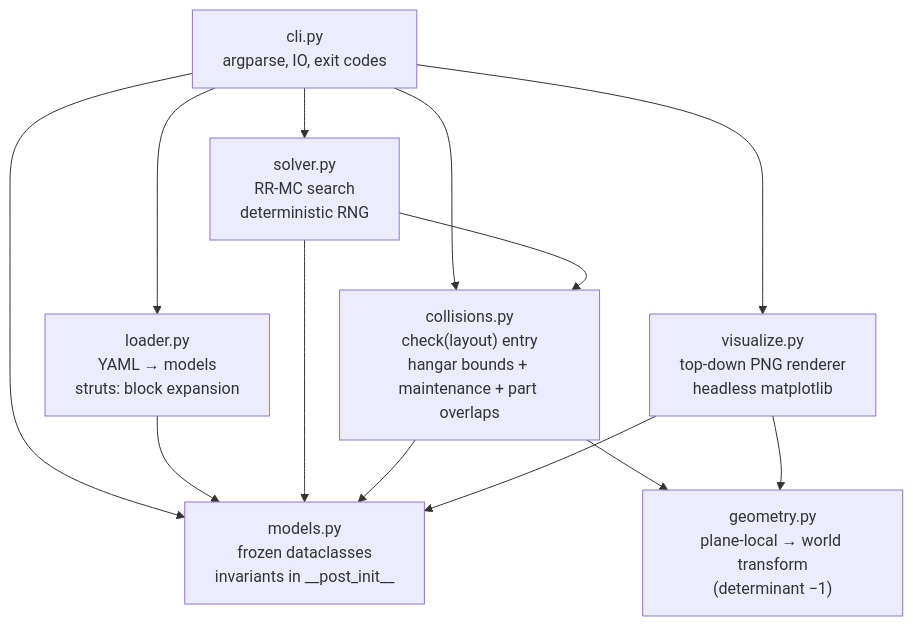
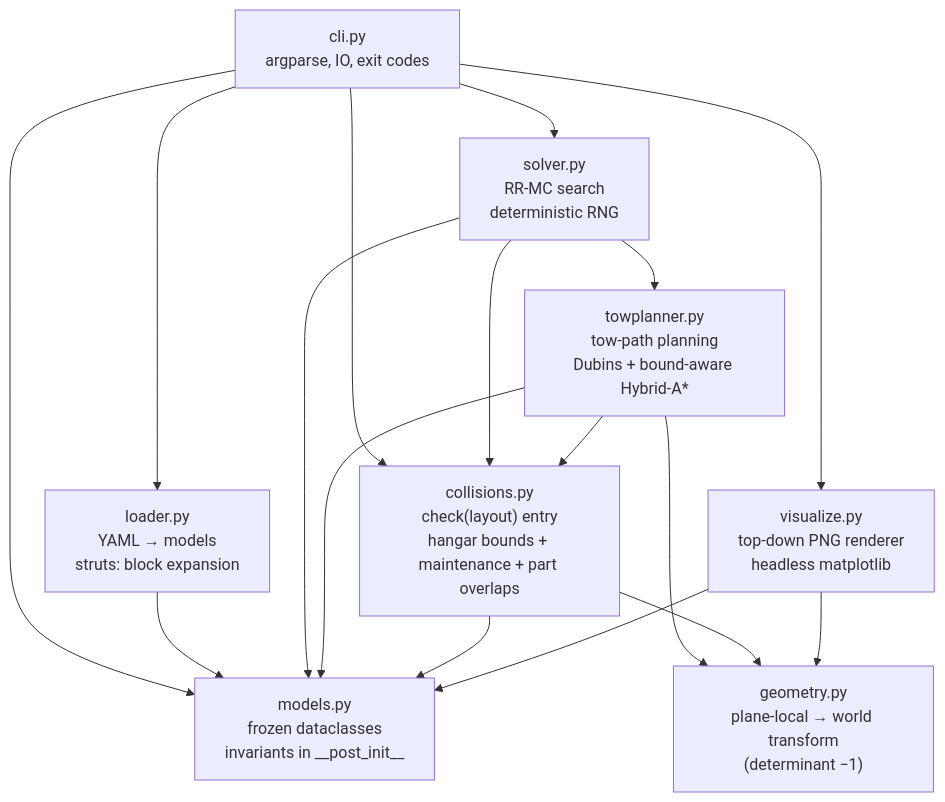
Before and after one commit to DocGerd/hangarfit: the diagram in docs/architecture/05-building-block-view.md, drawn with Mermaid. The commit also changed other lines of this file and 6 other files, not shown here.

````diff
--- a/docs/architecture/05-building-block-view.md
+++ b/docs/architecture/05-building-block-view.md
@@ -9,27 +9,33 @@
 ```mermaid
 flowchart TD
     cli["cli.py<br/>argparse, IO, exit codes"]
     loader["loader.py<br/>YAML → models<br/>struts: block expansion"]
     models["models.py<br/>frozen dataclasses<br/>invariants in __post_init__"]
     geometry["geometry.py<br/>plane-local → world transform<br/>(determinant −1)"]
     collisions["collisions.py<br/>check(layout) entry<br/>hangar bounds + maintenance + part overlaps"]
     solver["solver.py<br/>RR-MC search<br/>deterministic RNG"]
+    towplanner["towplanner.py<br/>tow-path planning<br/>Dubins + bound-aware Hybrid-A*"]
     visualize["visualize.py<br/>top-down PNG renderer<br/>headless matplotlib"]
 
     cli --> loader
     cli --> collisions
     cli --> solver
     cli --> visualize
     cli --> models
 
     loader --> models
 
     solver --> collisions
     solver --> models
+    solver --> towplanner
+
+    towplanner --> collisions
+    towplanner --> geometry
+    towplanner --> models
 
     collisions --> geometry
     collisions --> models
 
     visualize --> geometry
     visualize --> models
 ```
````
